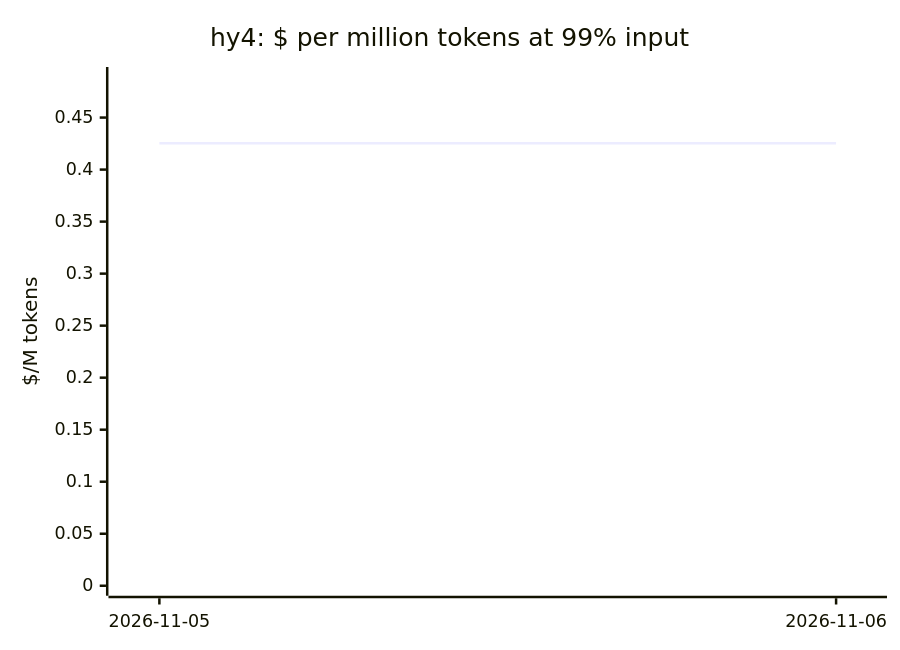
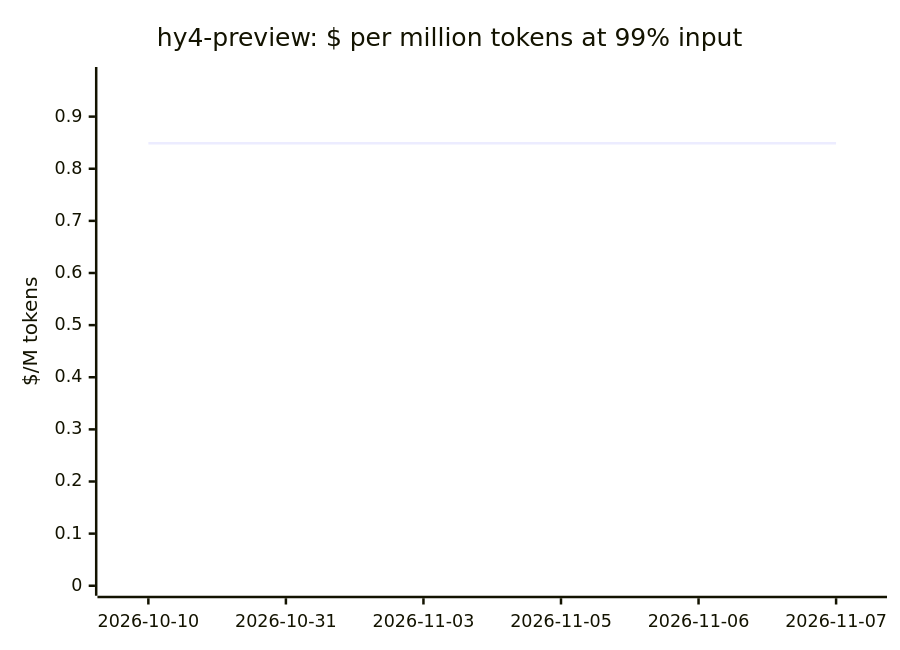
Diagram 16 of 20 in docs/openrouter-models.md (cklukas/OMEGA_TRANSFORM), drawn with Mermaid before and after one commit. The commit also changed other lines of this file and 68 other files, not shown here.

````diff
--- a/docs/openrouter-models.md
+++ b/docs/openrouter-models.md
@@ -286,7 +275,7 @@
 ```mermaid
 xychart-beta
-    title "hy4: $ per million tokens at 99% input"
-    x-axis ["2026-11-05", "2026-11-06"]
-    y-axis "$/M tokens" 0 --> 0.489
-    line [0.4254, 0.4254]
+    title "hy4-preview: $ per million tokens at 99% input"
+    x-axis ["2026-10-10", "2026-10-31", "2026-11-03", "2026-11-05", "2026-11-06", "2026-11-07"]
+    y-axis "$/M tokens" 0 --> 0.976
+    line [0.8491, 0.8491, 0.8491, 0.8491, 0.8491, 0.8491]
 ```
````
